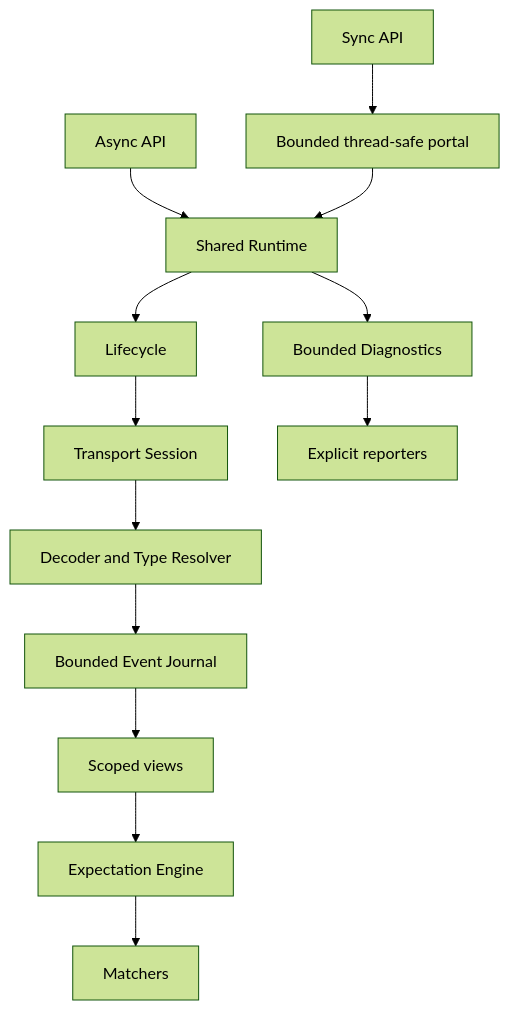
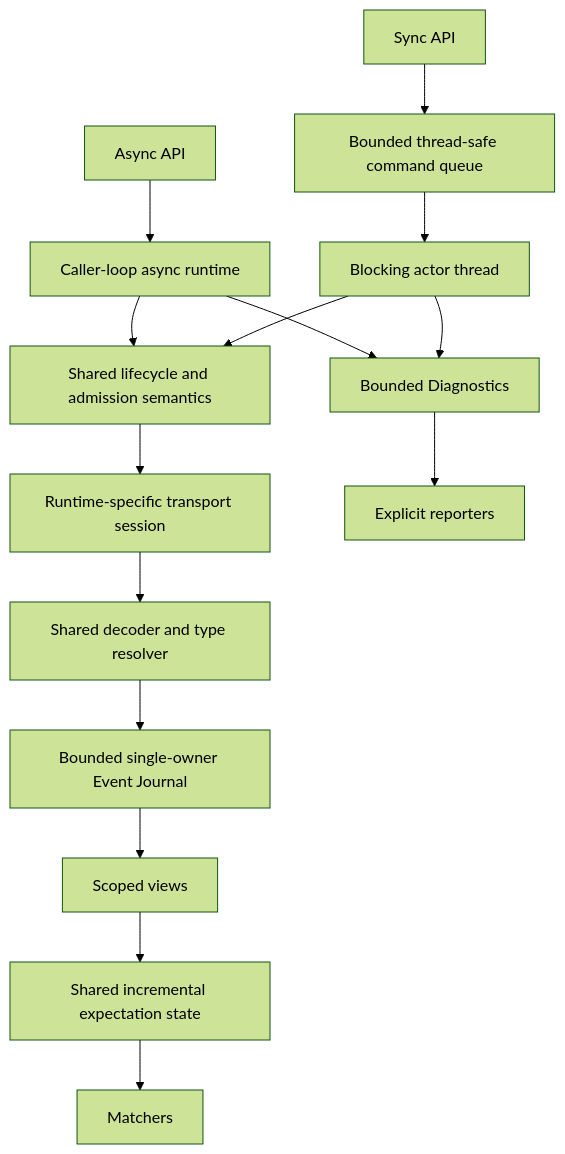
One commit to valkorobov/pytest-broker-observer changed the diagram in SPEC.md. Above: the diagram before and after it, drawn with Mermaid (forest theme). The commit also changed other lines of this file and 53 other files, not shown here.

Commit message:
refactor: separate sync and async execution backends

````diff
--- a/SPEC.md
+++ b/SPEC.md
@@ -266,15 +267,17 @@
 ```mermaid
 flowchart TB
-    A[Async API] --> R[Shared Runtime]
-    S[Sync API] --> P[Bounded thread-safe portal]
-    P --> R
-    R --> L[Lifecycle]
-    L --> T[Transport Session]
-    T --> D[Decoder and Type Resolver]
-    D --> J[Bounded Event Journal]
+    A[Async API] --> R[Caller-loop async runtime]
+    S[Sync API] --> P[Bounded thread-safe command queue]
+    P --> B[Blocking actor thread]
+    R --> L[Shared lifecycle and admission semantics]
+    B --> L
+    L --> T[Runtime-specific transport session]
+    T --> D[Shared decoder and type resolver]
+    D --> J[Bounded single-owner Event Journal]
     J --> C[Scoped views]
-    C --> E[Expectation Engine]
+    C --> E[Shared incremental expectation state]
     E --> M[Matchers]
     R --> G[Bounded Diagnostics]
+    B --> G
     G --> X[Explicit reporters]
 ```
````
